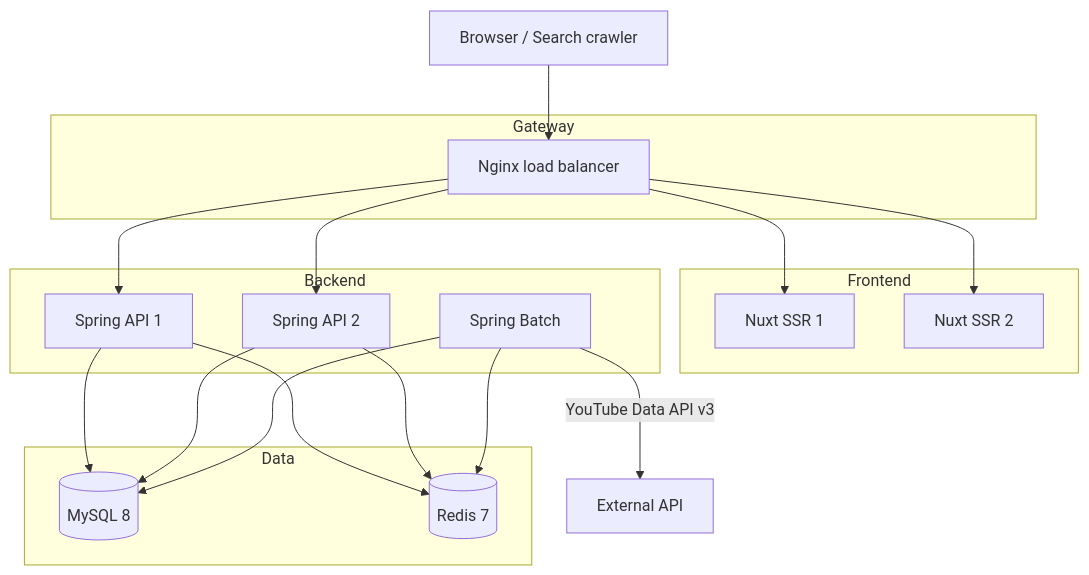
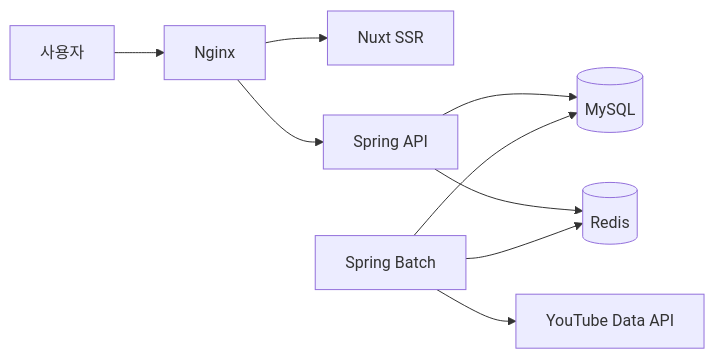
One commit to dakcoh/tubeten changed the diagram in README.md. Above: the diagram before and after it, drawn with Mermaid. The commit also changed other lines of this file, not shown here.

````diff
--- a/README.md
+++ b/README.md
@@ -88,31 +76,11 @@
 ```mermaid
-flowchart TB
-    User["Browser / Search crawler"]
-
-    subgraph Edge["Gateway"]
-        Nginx["Nginx load balancer"]
-    end
-
-    subgraph Frontend["Frontend"]
-        Web1["Nuxt SSR 1"]
-        Web2["Nuxt SSR 2"]
-    end
-
-    subgraph Backend["Backend"]
-        API1["Spring API 1"]
-        API2["Spring API 2"]
-        Batch["Spring Batch"]
-    end
-
-    subgraph Data["Data"]
-        MySQL[("MySQL 8")]
-        Redis[("Redis 7")]
-    end
-
-    User --> Nginx
-    Nginx --> Web1 & Web2
-    Nginx --> API1 & API2
-    API1 & API2 --> MySQL & Redis
-    Batch --> MySQL & Redis
-    Batch -->|"YouTube Data API v3"| YouTube["External API"]
+flowchart LR
+    User["사용자"] --> Nginx["Nginx"]
+    Nginx --> Nuxt["Nuxt SSR"]
+    Nginx --> API["Spring API"]
+    API --> MySQL[("MySQL")]
+    API --> Redis[("Redis")]
+    Batch["Spring Batch"] --> YouTube["YouTube Data API"]
+    Batch --> MySQL
+    Batch --> Redis
 ```
````
